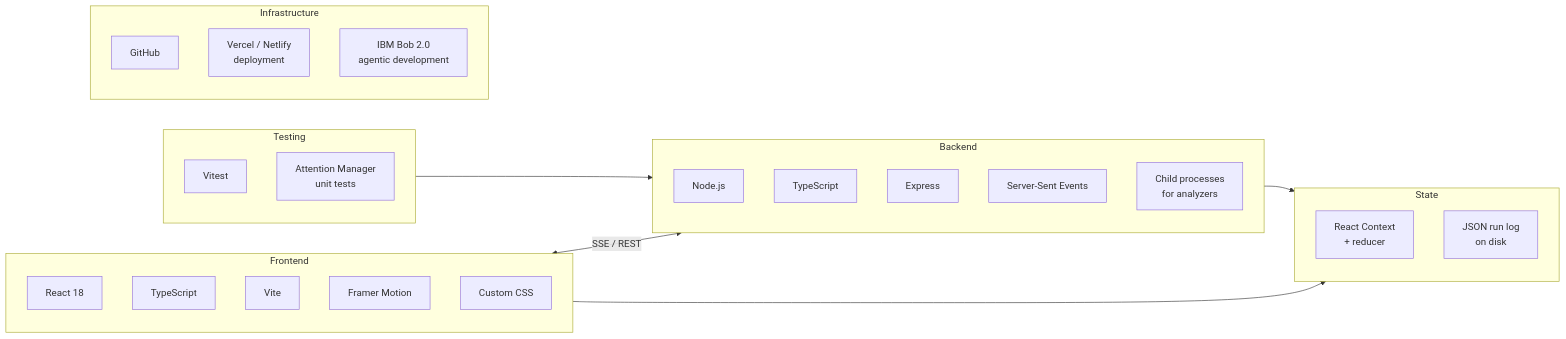
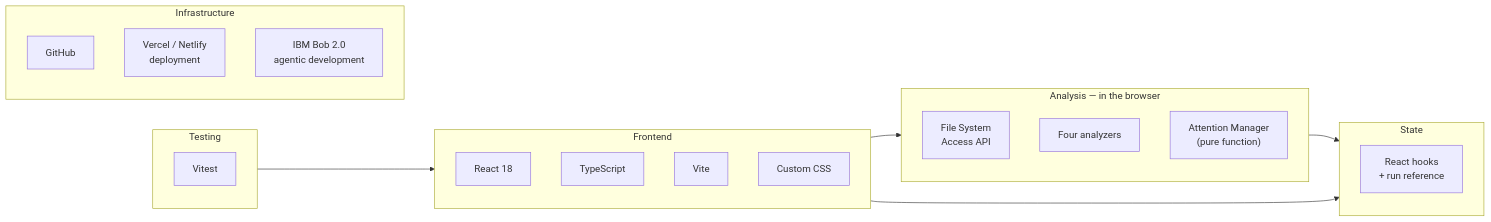
The eighth of 9 diagrams in README.md (TonyINSY6629/Project_for_IBM_Hackathon_Bob_in_Action), drawn with Mermaid before and after one commit. The commit also changed other lines of this file and 31 other files, not shown here.

````diff
--- a/README.md
+++ b/README.md
@@ -367,39 +342,34 @@
 ```mermaid
 graph LR
     subgraph FE["Frontend"]
         R18[React 18]
         TS[TypeScript]
         VT[Vite]
-        FM[Framer Motion]
         CSS[Custom CSS]
     end
 
-    subgraph BE["Backend"]
-        Node[Node.js]
-        TSB[TypeScript]
-        EX[Express]
-        SSE[Server-Sent Events]
-        CP["Child processes<br/>for analyzers"]
+    subgraph AZ["Analysis — in the browser"]
+        FSA["File System<br/>Access API"]
+        ANZ["Four analyzers"]
+        ATM["Attention Manager<br/>(pure function)"]
     end
 
     subgraph State["State"]
-        RC["React Context<br/>+ reducer"]
-        RL["JSON run log<br/>on disk"]
+        RC["React hooks<br/>+ run reference"]
     end
 
     subgraph Test["Testing"]
         VIT[Vitest]
-        ATM["Attention Manager<br/>unit tests"]
     end
 
     subgraph Infra["Infrastructure"]
         GH[GitHub]
         VE["Vercel / Netlify<br/>deployment"]
         IBM["IBM Bob 2.0<br/>agentic development"]
     end
 
-    FE <-->|SSE / REST| BE
-    BE --> State
+    FE --> AZ
+    AZ --> State
     FE --> State
-    Test --> BE
+    Test --> FE
 ```
````
